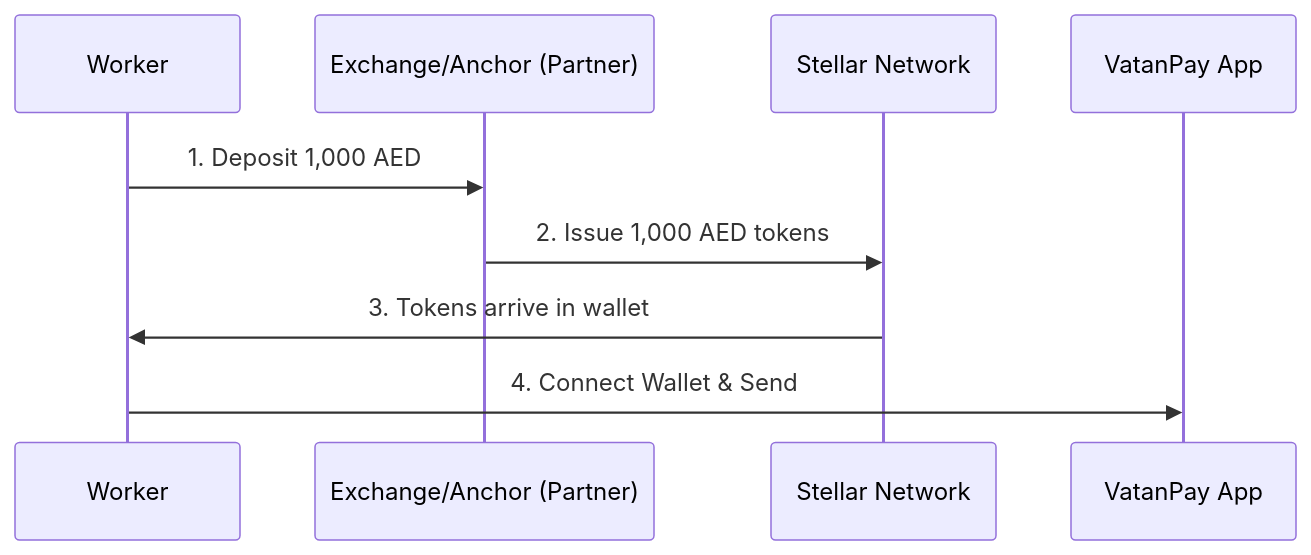
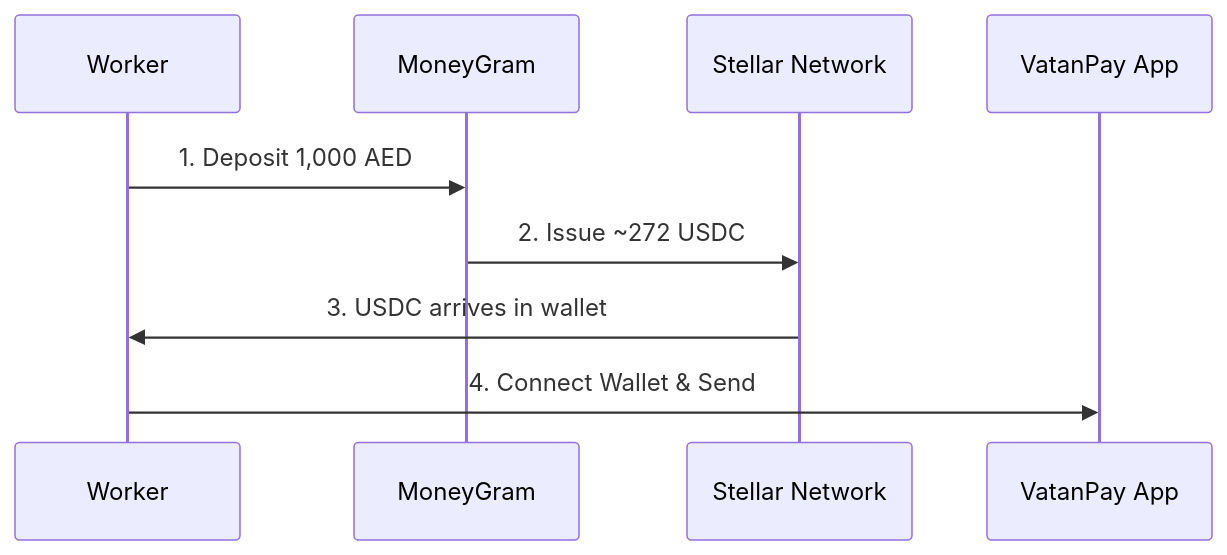
The second of 4 diagrams in docs/HOW_IT_WORKS.md (Nihal-Pandey-2302/VatanPay), drawn with Mermaid before and after one commit. The commit also changed other lines of this file and 13 other files, not shown here.

Commit message:
feat: VatanPay 2.0 - MoneyGram + USDC Integration MVP

````diff
--- a/docs/HOW_IT_WORKS.md
+++ b/docs/HOW_IT_WORKS.md
@@ -135,12 +135,12 @@
 ```mermaid
 sequenceDiagram
     participant Worker
-    participant Exchange as Exchange/Anchor (Partner)
+    participant MoneyGram
     participant Stellar as Stellar Network
     participant VatanPay as VatanPay App
 
-    Worker->>Exchange: 1. Deposit 1,000 AED
-    Exchange->>Stellar: 2. Issue 1,000 AED tokens
-    Stellar->>Worker: 3. Tokens arrive in wallet
+    Worker->>MoneyGram: 1. Deposit 1,000 AED
+    MoneyGram->>Stellar: 2. Issue ~272 USDC
+    Stellar->>Worker: 3. USDC arrives in wallet
     Worker->>VatanPay: 4. Connect Wallet & Send
 ```
````
